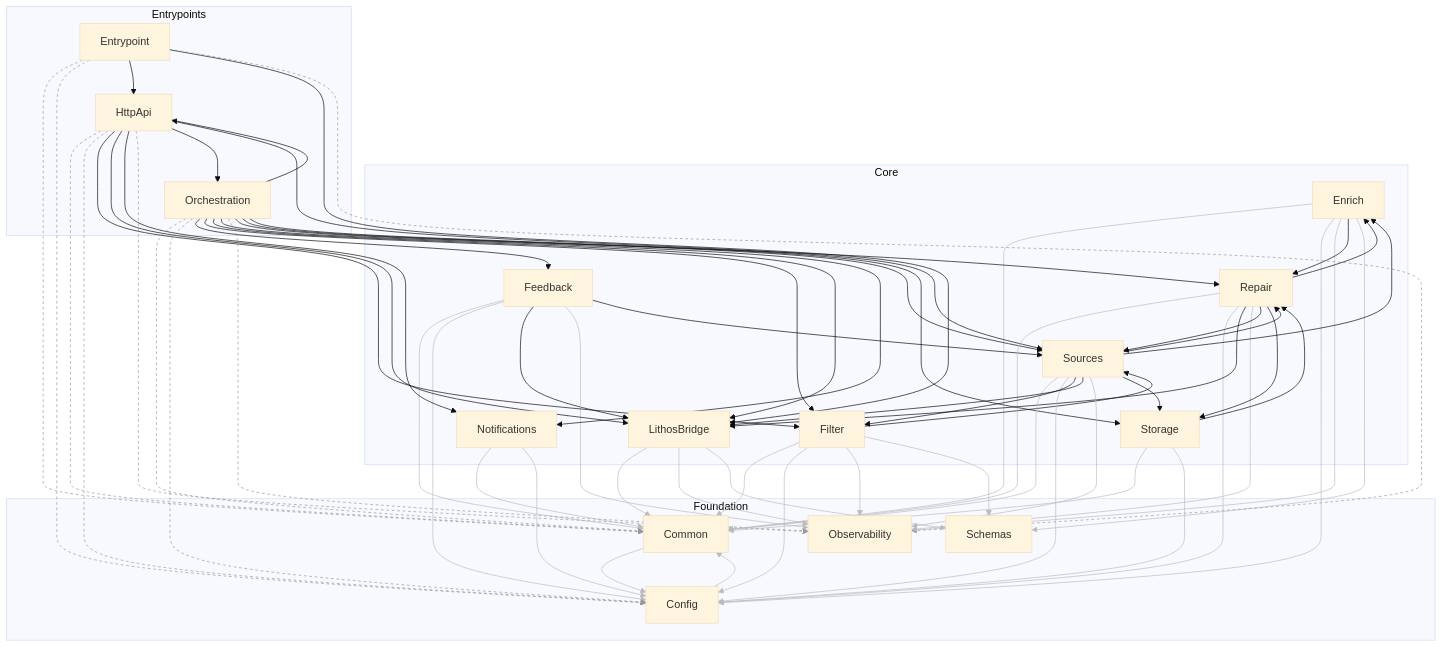
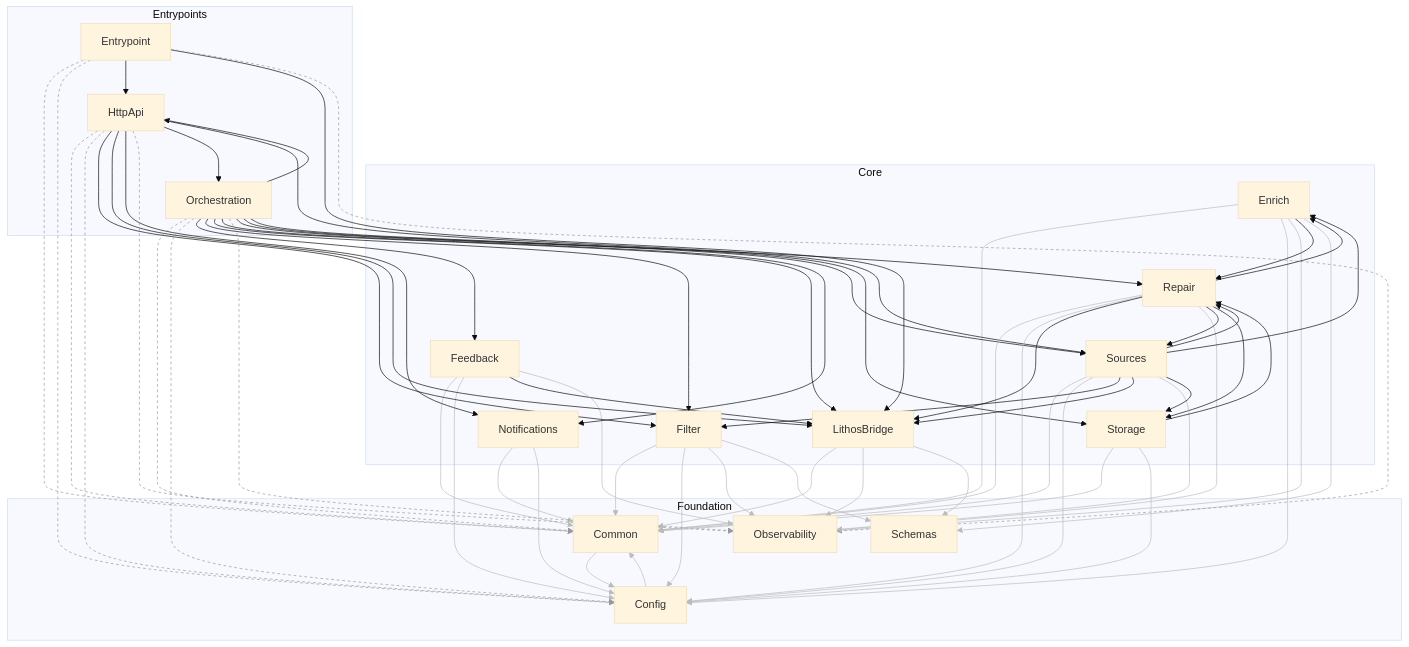
One commit to agent-lore/influx changed the diagram in docs/generated/architecture.md. Above: the diagram before and after it, drawn with Mermaid (base theme). The commit also changed 22 other files, not shown here.

First line of the commit message:
refactor(sources): unify arXiv+RSS on one scoring path, break Sources↔Filter cycle (2.4) (#267)

````diff
--- a/docs/generated/architecture.md
+++ b/docs/generated/architecture.md
@@ -57,12 +57,10 @@
   Feedback --> Config
   Feedback --> LithosBridge
   Feedback --> Observability
-  Feedback --> Sources
   Filter --> Common
   Filter --> Config
   Filter --> Observability
   Filter --> Schemas
-  Filter --> Sources
   HttpApi --> Common
   HttpApi --> Config
   HttpApi --> Filter
@@ -117,27 +115,27 @@
   linkStyle 12 stroke:#bbb
   linkStyle 13 stroke:#bbb
   linkStyle 15 stroke:#bbb
+  linkStyle 16 stroke:#bbb
   linkStyle 17 stroke:#bbb
   linkStyle 18 stroke:#bbb
   linkStyle 19 stroke:#bbb
-  linkStyle 20 stroke:#bbb
-  linkStyle 22 stroke:#999,stroke-dasharray:4
-  linkStyle 23 stroke:#999,stroke-dasharray:4
-  linkStyle 27 stroke:#999,stroke-dasharray:4
+  linkStyle 20 stroke:#999,stroke-dasharray:4
+  linkStyle 21 stroke:#999,stroke-dasharray:4
+  linkStyle 25 stroke:#999,stroke-dasharray:4
+  linkStyle 28 stroke:#bbb
+  linkStyle 29 stroke:#bbb
   linkStyle 30 stroke:#bbb
   linkStyle 31 stroke:#bbb
   linkStyle 32 stroke:#bbb
-  linkStyle 33 stroke:#bbb
-  linkStyle 34 stroke:#bbb
-  linkStyle 35 stroke:#999,stroke-dasharray:4
-  linkStyle 36 stroke:#999,stroke-dasharray:4
-  linkStyle 42 stroke:#999,stroke-dasharray:4
-  linkStyle 46 stroke:#bbb
-  linkStyle 47 stroke:#bbb
-  linkStyle 50 stroke:#bbb
-  linkStyle 53 stroke:#bbb
-  linkStyle 54 stroke:#bbb
-  linkStyle 58 stroke:#bbb
-  linkStyle 61 stroke:#bbb
-  linkStyle 62 stroke:#bbb
+  linkStyle 33 stroke:#999,stroke-dasharray:4
+  linkStyle 34 stroke:#999,stroke-dasharray:4
+  linkStyle 40 stroke:#999,stroke-dasharray:4
+  linkStyle 44 stroke:#bbb
+  linkStyle 45 stroke:#bbb
+  linkStyle 48 stroke:#bbb
+  linkStyle 51 stroke:#bbb
+  linkStyle 52 stroke:#bbb
+  linkStyle 56 stroke:#bbb
+  linkStyle 59 stroke:#bbb
+  linkStyle 60 stroke:#bbb
 ```
````
